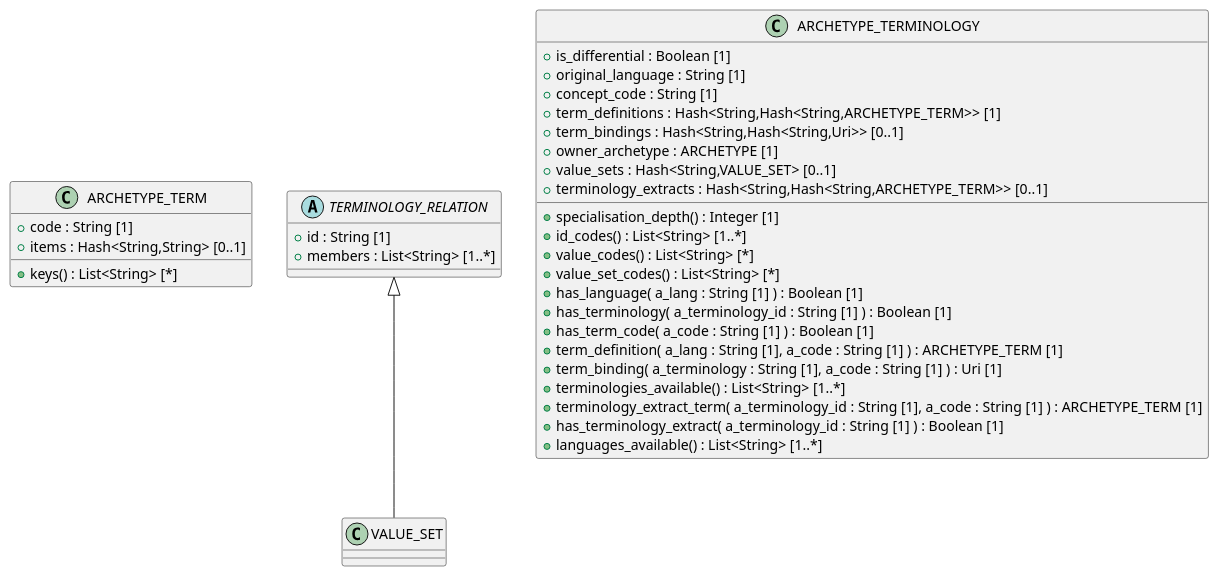
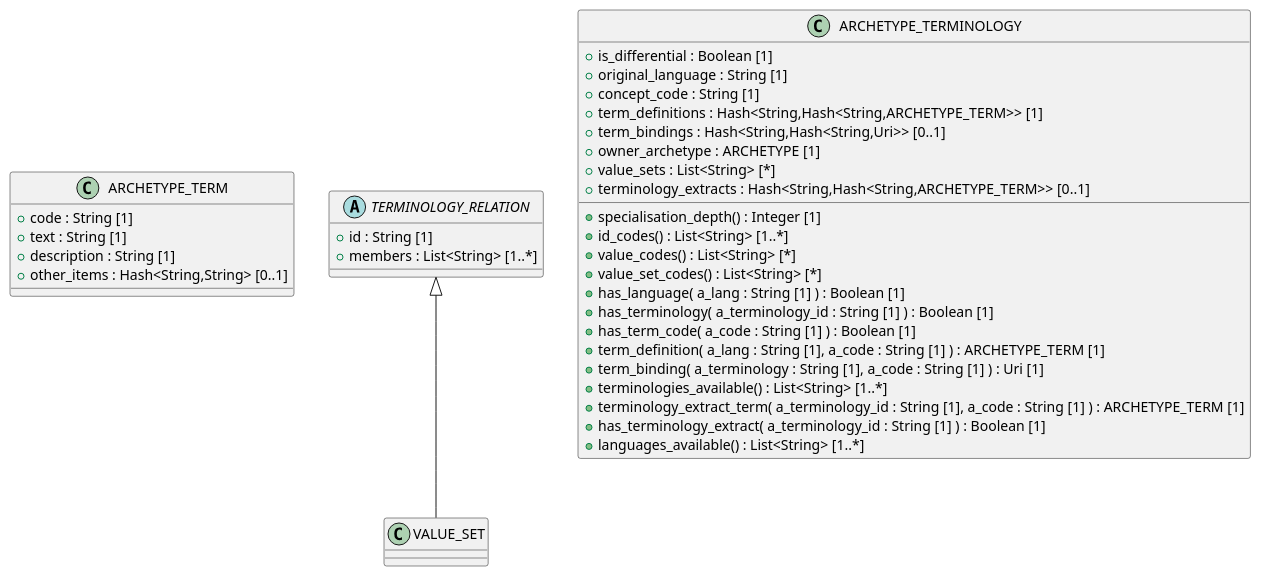
Before and after one commit to sebastian-iancu/code-generator: the diagram in code/Adoc/openehr_am_2.3.0/plantUML/packages/org.openehr.am.aom2.terminology.adoc, drawn with PlantUML. The commit also changed 719 other files, not shown here.

```diff
--- a/code/Adoc/openehr_am_2.3.0/plantUML/packages/org.openehr.am.aom2.terminology.adoc
+++ b/code/Adoc/openehr_am_2.3.0/plantUML/packages/org.openehr.am.aom2.terminology.adoc
@@ -1,46 +1,47 @@
 [plantuml,terminology,format=svg,svg-type="inline"]
 -----
 @startuml
 
 class ARCHETYPE_TERM {
   + code : String [1]
-  + items : Hash<String,String> [0..1]
-  + keys() : List<String> [*]
+  + text : String [1]
+  + description : String [1]
+  + other_items : Hash<String,String> [0..1]
 }
 
 abstract class TERMINOLOGY_RELATION {
   + id : String [1]
   + members : List<String> [1..*]
 }
 
 class VALUE_SET {
 }
 
 class ARCHETYPE_TERMINOLOGY {
   + is_differential : Boolean [1]
   + original_language : String [1]
   + concept_code : String [1]
   + term_definitions : Hash<String,Hash<String,ARCHETYPE_TERM>> [1]
   + term_bindings : Hash<String,Hash<String,Uri>> [0..1]
   + owner_archetype : ARCHETYPE [1]
-  + value_sets : Hash<String,VALUE_SET> [0..1]
+  + value_sets : List<String> [*]
   + terminology_extracts : Hash<String,Hash<String,ARCHETYPE_TERM>> [0..1]
   + specialisation_depth() : Integer [1]
   + id_codes() : List<String> [1..*]
   + value_codes() : List<String> [*]
   + value_set_codes() : List<String> [*]
   + has_language( a_lang : String [1] ) : Boolean [1]
   + has_terminology( a_terminology_id : String [1] ) : Boolean [1]
   + has_term_code( a_code : String [1] ) : Boolean [1]
   + term_definition( a_lang : String [1], a_code : String [1] ) : ARCHETYPE_TERM [1]
   + term_binding( a_terminology : String [1], a_code : String [1] ) : Uri [1]
   + terminologies_available() : List<String> [1..*]
   + terminology_extract_term( a_terminology_id : String [1], a_code : String [1] ) : ARCHETYPE_TERM [1]
   + has_terminology_extract( a_terminology_id : String [1] ) : Boolean [1]
   + languages_available() : List<String> [1..*]
 }
 
 TERMINOLOGY_RELATION <|-- VALUE_SET
 
 @enduml
 -----
```
